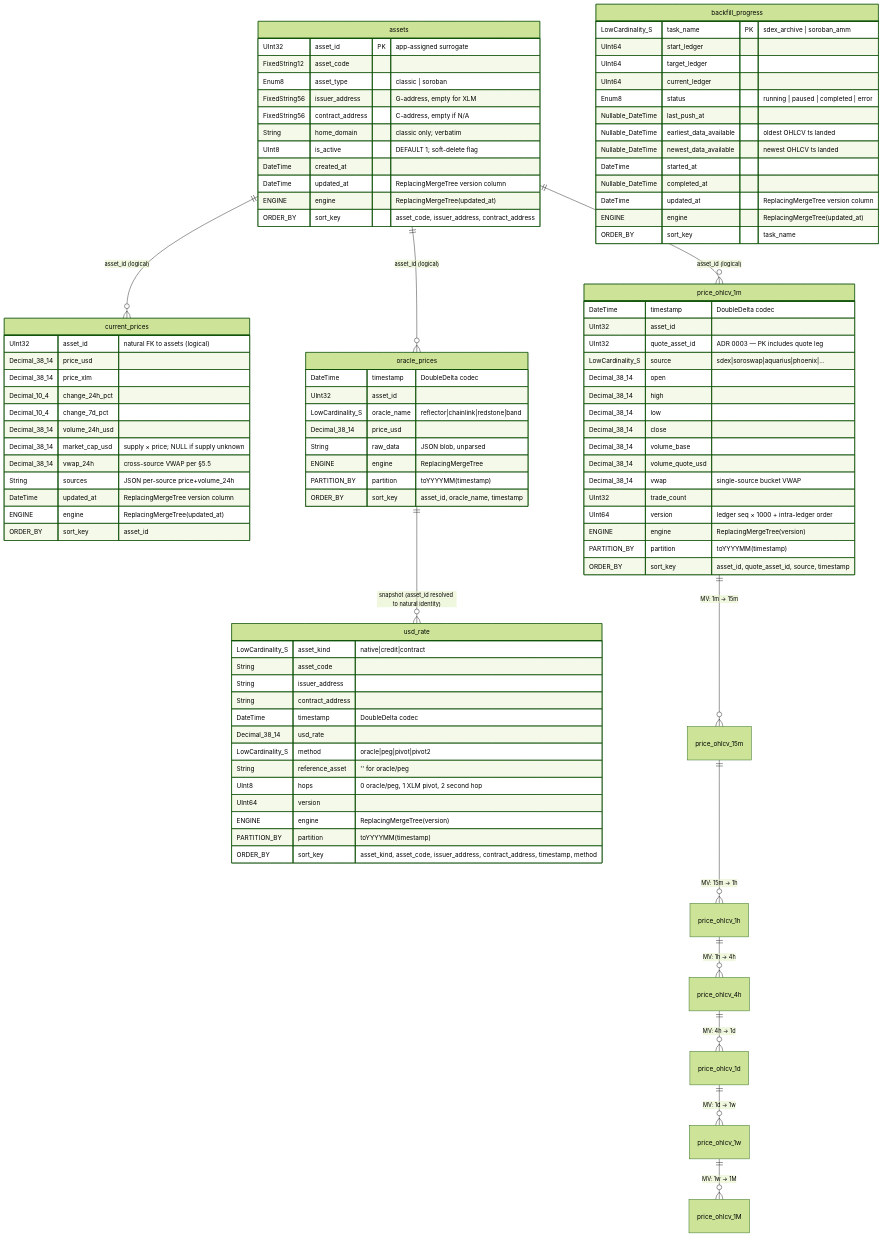
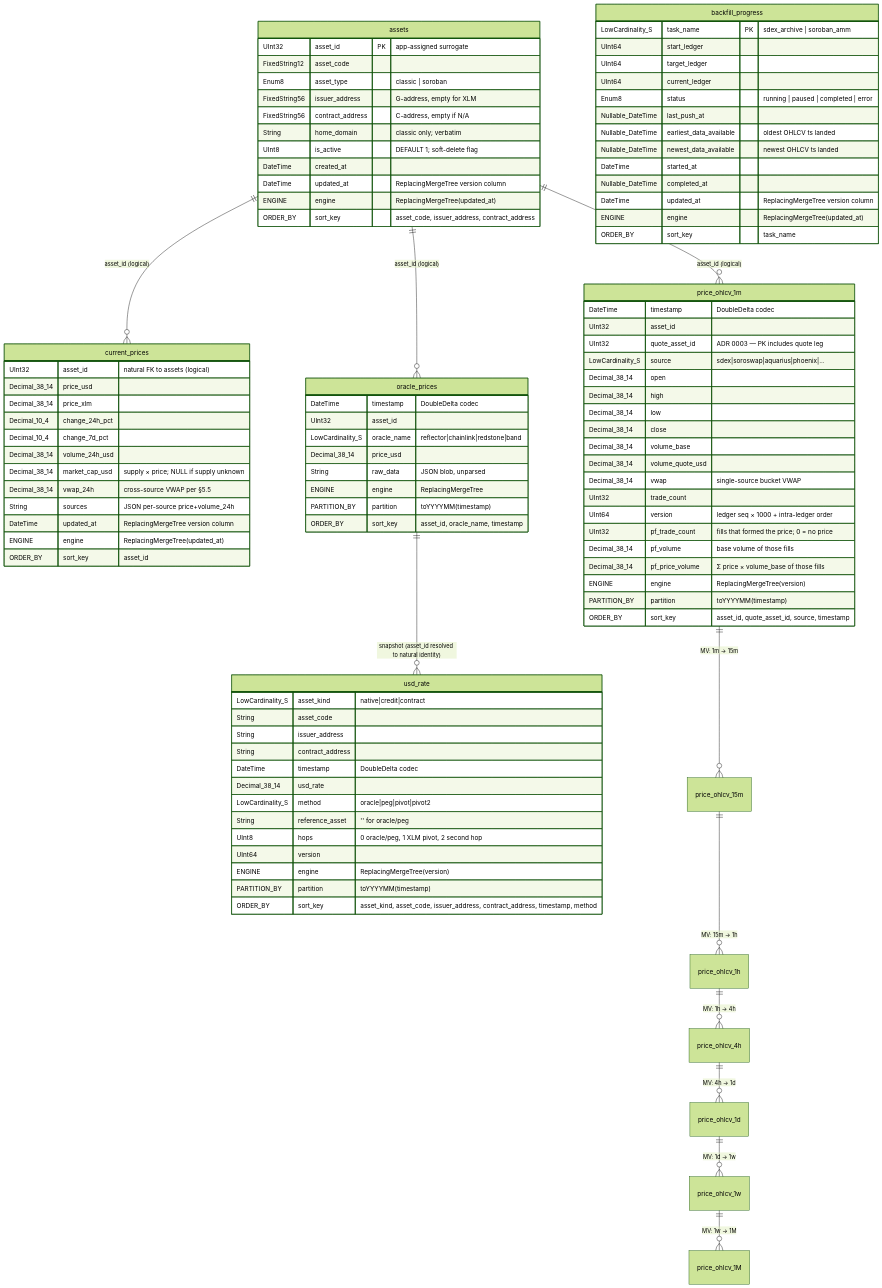
The third of 13 diagrams in docs/database-schema/database-schema-overview.md (rumblefishdev/stellar-prices-api), drawn with Mermaid (forest theme) before and after one commit. The commit also changed other lines of this file and 3 other files, not shown here.

First line of the commit message:
docs(lore-0286): describe candles as built from price-forming fills

```diff
--- a/docs/database-schema/database-schema-overview.md
+++ b/docs/database-schema/database-schema-overview.md
@@ -238,6 +239,9 @@
         Decimal_38_14      vwap "single-source bucket VWAP"
         UInt32             trade_count
         UInt64             version "ledger seq × 1000 + intra-ledger order"
+        UInt32             pf_trade_count "fills that formed the price; 0 = no price"
+        Decimal_38_14      pf_volume "base volume of those fills"
+        Decimal_38_14      pf_price_volume "Σ price × volume_base of those fills"
         ENGINE             engine "ReplacingMergeTree(version)"
         PARTITION_BY       partition "toYYYYMM(timestamp)"
         ORDER_BY           sort_key "asset_id, quote_asset_id, source, timestamp"
```
